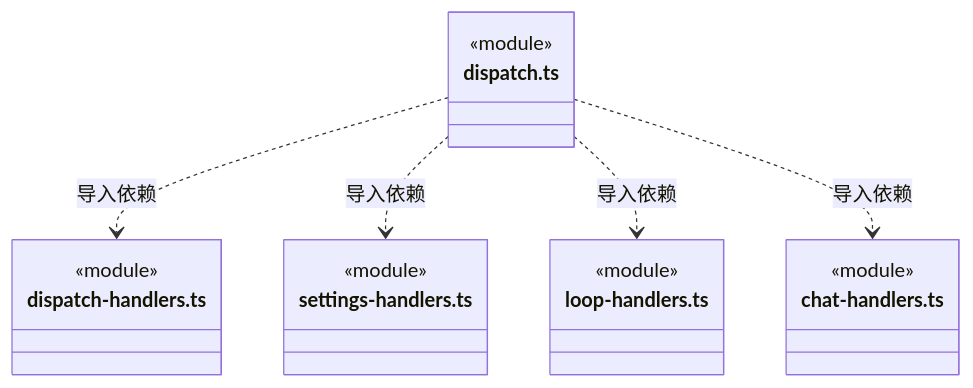
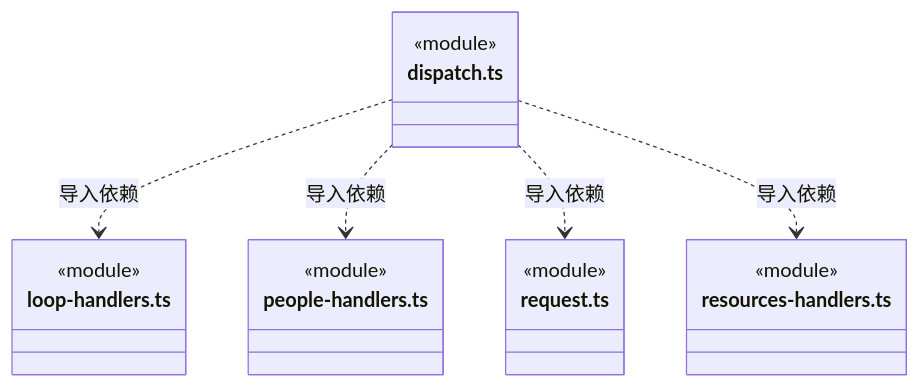
One commit to nan023062/cbim changed diagram 19 of 22 in src/bridge/server/ipc/ARCHITECTURE.md. Above: the diagram before and after it, drawn with Mermaid. The commit also changed other lines of this file and 112 other files, not shown here.

Commit message:
docs: align source architecture with current declarations and contracts

````diff
--- a/src/bridge/server/ipc/ARCHITECTURE.md
+++ b/src/bridge/server/ipc/ARCHITECTURE.md
@@ -569,22 +569,22 @@
 ```mermaid
 classDiagram
 class N_src_bridge_server_ipc_dispatch_ts["dispatch.ts"] {
   <<module>>
 }
-class N_src_bridge_server_ipc_dispatch_handlers_ts["dispatch-handlers.ts"] {
-  <<module>>
-}
-class N_src_bridge_server_ipc_settings_handlers_ts["settings-handlers.ts"] {
-  <<module>>
-}
 class N_src_bridge_server_ipc_loop_handlers_ts["loop-handlers.ts"] {
   <<module>>
 }
-class N_src_bridge_server_ipc_chat_handlers_ts["chat-handlers.ts"] {
+class N_src_bridge_server_ipc_people_handlers_ts["people-handlers.ts"] {
   <<module>>
 }
-N_src_bridge_server_ipc_dispatch_ts ..> N_src_bridge_server_ipc_dispatch_handlers_ts : 导入依赖
-N_src_bridge_server_ipc_dispatch_ts ..> N_src_bridge_server_ipc_settings_handlers_ts : 导入依赖
+class N_src_bridge_server_ipc_request_ts["request.ts"] {
+  <<module>>
+}
+class N_src_bridge_server_ipc_resources_handlers_ts["resources-handlers.ts"] {
+  <<module>>
+}
 N_src_bridge_server_ipc_dispatch_ts ..> N_src_bridge_server_ipc_loop_handlers_ts : 导入依赖
-N_src_bridge_server_ipc_dispatch_ts ..> N_src_bridge_server_ipc_chat_handlers_ts : 导入依赖
+N_src_bridge_server_ipc_dispatch_ts ..> N_src_bridge_server_ipc_people_handlers_ts : 导入依赖
+N_src_bridge_server_ipc_dispatch_ts ..> N_src_bridge_server_ipc_request_ts : 导入依赖
+N_src_bridge_server_ipc_dispatch_ts ..> N_src_bridge_server_ipc_resources_handlers_ts : 导入依赖
 ```
````
